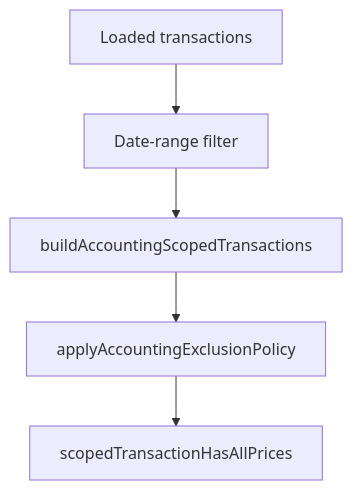
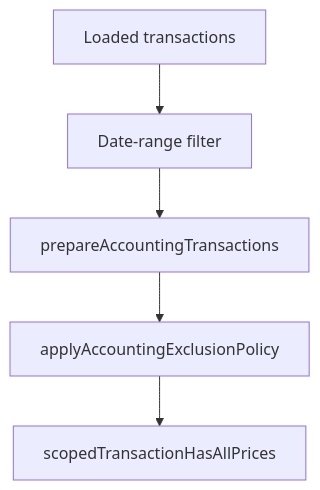
Before and after one commit to jbelanger/exitbook: the first of 2 diagrams in docs/specs/accounting-exclusions.md, drawn with Mermaid. The commit also changed other lines of this file and 27 other files, not shown here.

Commit message:
Rename scoped preparation types to prepared accounting

````diff
--- a/docs/specs/accounting-exclusions.md
+++ b/docs/specs/accounting-exclusions.md
@@ -168,7 +168,7 @@
 ```mermaid
 graph TD
     A["Loaded transactions"] --> B["Date-range filter"]
-    B --> C["buildAccountingScopedTransactions"]
+    B --> C["prepareAccountingTransactions"]
     C --> D["applyAccountingExclusionPolicy"]
     D --> E["scopedTransactionHasAllPrices"]
 ```
````
